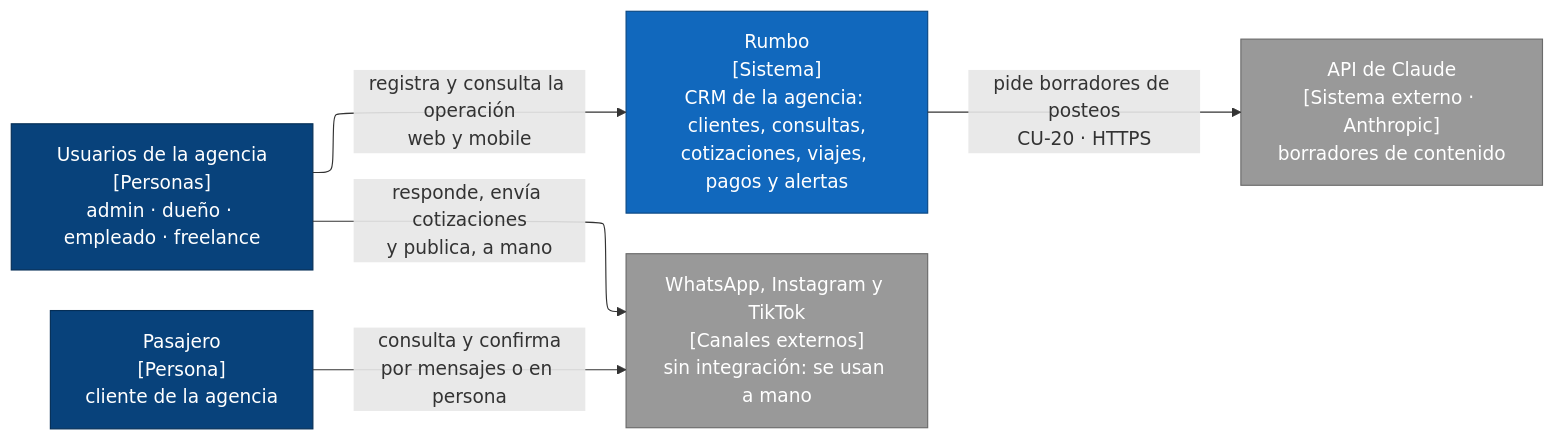
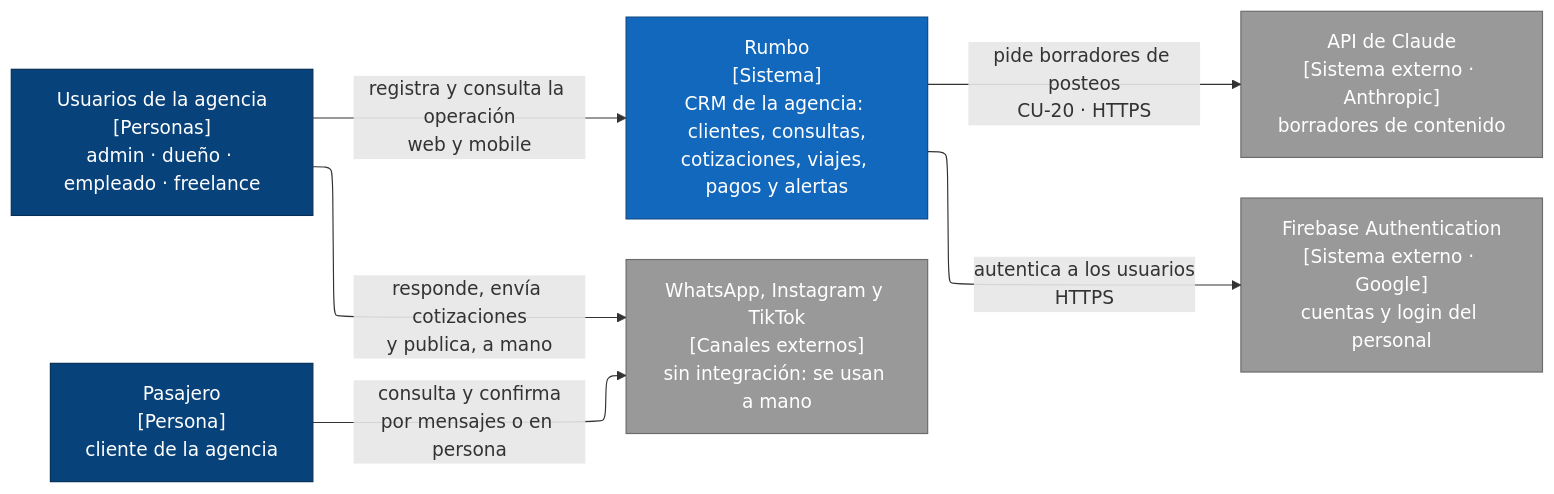
One commit to FranLuciano04/Vault-Rumbo changed the fifth of 7 diagrams in 05-Diseño/Arquitectura/ARQ — Vista general.md. Above: the diagram before and after it, drawn with Mermaid. The commit also changed other lines of this file and 15 other files, not shown here.

````diff
--- a/05-Diseño/Arquitectura/ARQ — Vista general.md
+++ b/05-Diseño/Arquitectura/ARQ — Vista general.md
@@ -283,21 +288,23 @@
 ```mermaid
 %%{init: {"flowchart": {"defaultRenderer": "elk"}} }%%
 flowchart LR
     Agencia["Usuarios de la agencia<br/>[Personas]<br/>admin · dueño · empleado · freelance"]
     Pasajero["Pasajero<br/>[Persona]<br/>cliente de la agencia"]
     Rumbo["Rumbo<br/>[Sistema]<br/>CRM de la agencia: clientes, consultas,<br/>cotizaciones, viajes, pagos y alertas"]
     Claude["API de Claude<br/>[Sistema externo · Anthropic]<br/>borradores de contenido"]
+    Firebase["Firebase Authentication<br/>[Sistema externo · Google]<br/>cuentas y login del personal"]
     Redes["WhatsApp, Instagram y TikTok<br/>[Canales externos]<br/>sin integración: se usan a mano"]
 
     Agencia -->|"registra y consulta la operación<br/>web y mobile"| Rumbo
     Rumbo -->|"pide borradores de posteos<br/>CU-20 · HTTPS"| Claude
+    Rumbo -->|"autentica a los usuarios<br/>HTTPS"| Firebase
     Pasajero -->|"consulta y confirma<br/>por mensajes o en persona"| Redes
     Agencia -->|"responde, envía cotizaciones<br/>y publica, a mano"| Redes
 
     classDef persona fill:#08427b,stroke:#052e56,color:#ffffff
     classDef sistema fill:#1168bd,stroke:#0b4884,color:#ffffff
     classDef externo fill:#999999,stroke:#6b6b6b,color:#ffffff
     class Agencia,Pasajero persona
     class Rumbo sistema
-    class Claude,Redes externo
+    class Claude,Redes,Firebase externo
 ```
````
